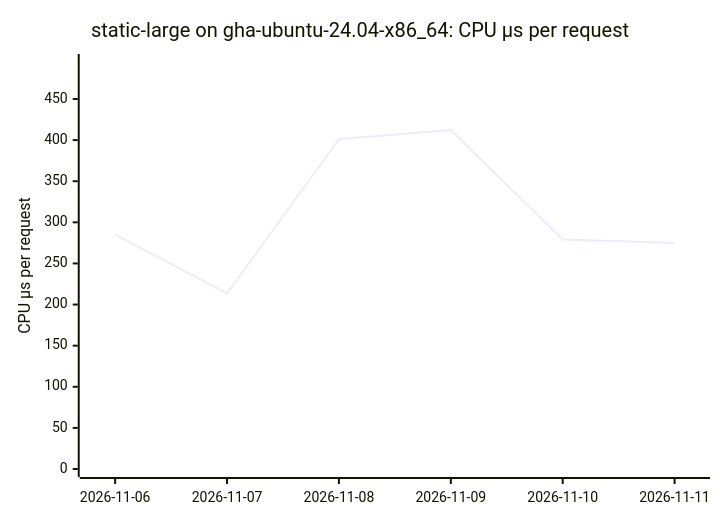
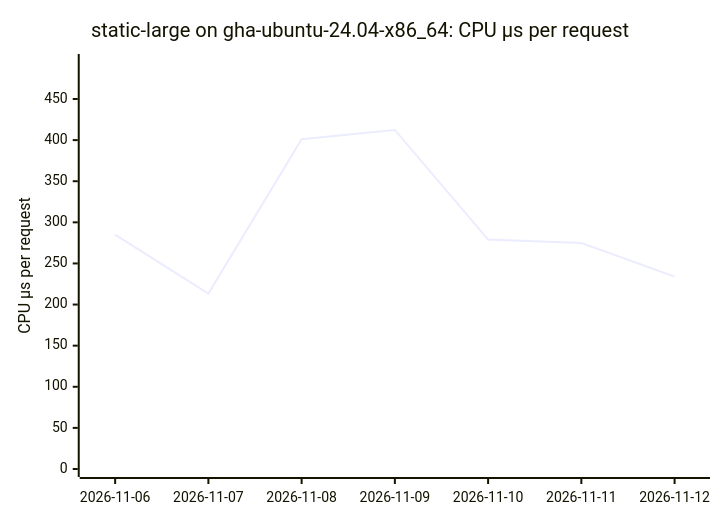
Before and after one commit to ThePixelPilgrim/durchlauferhitzer: the second of 18 diagrams in BENCHMARKS.md, drawn with Mermaid. The commit also changed other lines of this file and 1 other file, not shown here.

````diff
--- a/BENCHMARKS.md
+++ b/BENCHMARKS.md
@@ -36,7 +36,7 @@
 ```mermaid
 xychart-beta
   title "static-large on gha-ubuntu-24.04-x86_64: CPU µs per request"
-  x-axis ["2026-11-06", "2026-11-07", "2026-11-08", "2026-11-09", "2026-11-10", "2026-11-11"]
+  x-axis ["2026-11-06", "2026-11-07", "2026-11-08", "2026-11-09", "2026-11-10", "2026-11-11", "2026-11-12"]
   y-axis "CPU µs per request" 0 --> 495
-  line [284.94, 213.45, 401.07, 412.38, 279.07, 274.87]
+  line [284.94, 213.45, 401.07, 412.38, 279.07, 274.87, 234.03]
 ```
````
